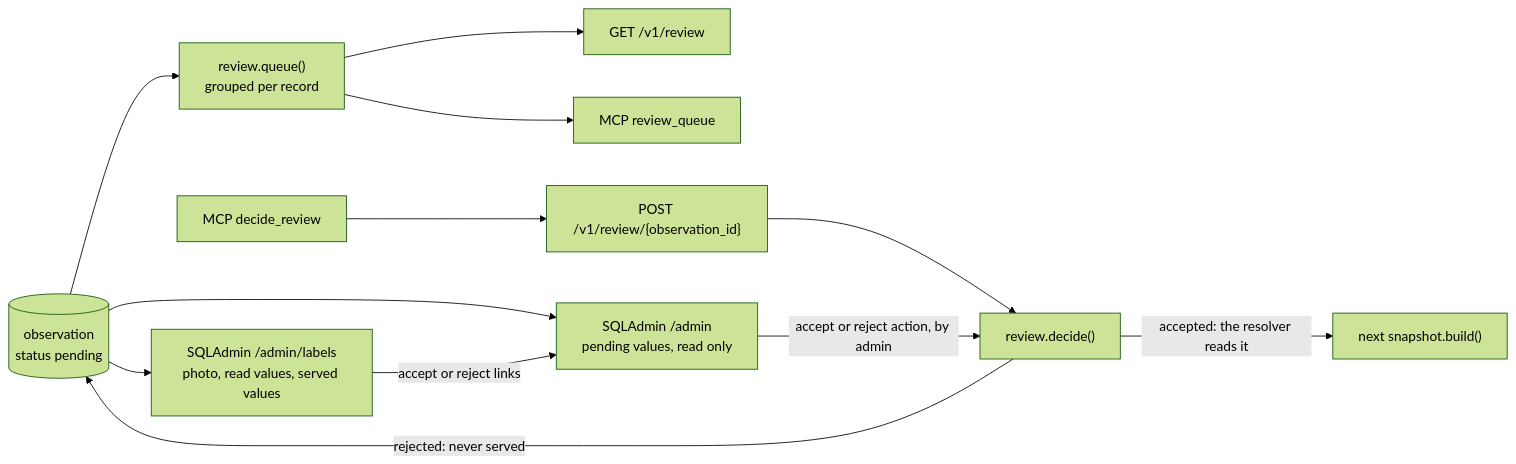
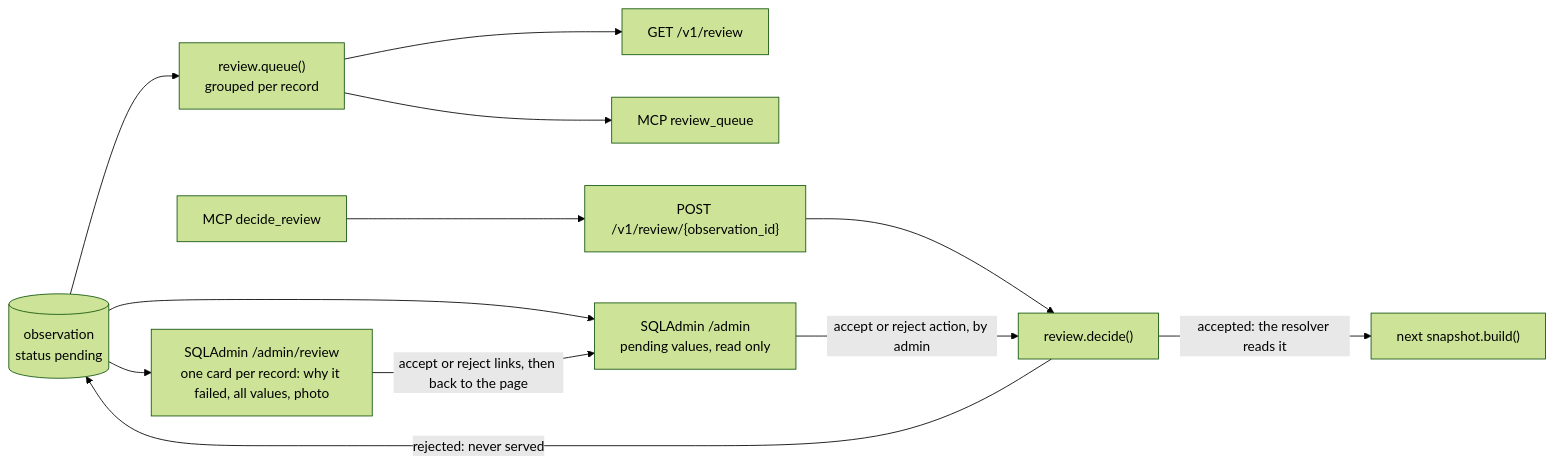
One commit to eait-fit/fooddb changed the fourth of 19 diagrams in docs/architecture.md. Above: the diagram before and after it, drawn with Mermaid (forest theme). The commit also changed other lines of this file and 12 other files, not shown here.

Commit message:
feat(admin): Review page, one card per food with its failed checks explained (#64)

````diff
--- a/docs/architecture.md
+++ b/docs/architecture.md
@@ -401,14 +401,14 @@
 ```mermaid
 flowchart LR
     obs[("observation<br/>status pending")] --> q["review.queue()<br/>grouped per record"]
     q --> rest["GET /v1/review"]
     q --> mq["MCP review_queue"]
     obs --> adm["SQLAdmin /admin<br/>pending values, read only"]
-    obs --> lab["SQLAdmin /admin/labels<br/>photo, read values, served values"]
-    lab -->|"accept or reject links"| adm
+    obs --> lab["SQLAdmin /admin/review<br/>one card per record: why it failed, all values, photo"]
+    lab -->|"accept or reject links, then back to the page"| adm
     md["MCP decide_review"] --> post["POST /v1/review/{observation_id}"]
     post --> d["review.decide()"]
     adm -->|"accept or reject action, by admin"| d
     d -->|"accepted: the resolver reads it"| build["next snapshot.build()"]
     d -->|"rejected: never served"| obs
 ```
````
